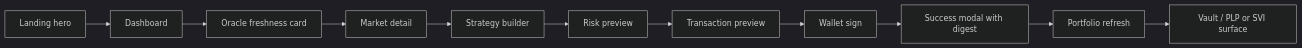
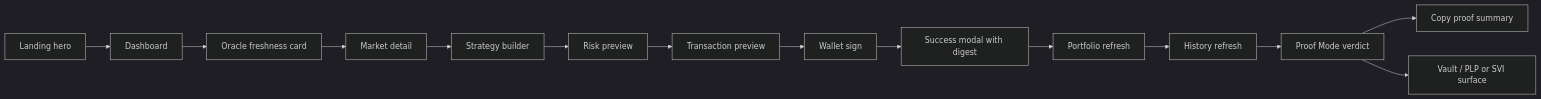
The fourth of 4 diagrams in docs/WIREFRAMES.md (rajpatilrobotics/predictpilot), drawn with Mermaid (dark theme) before and after one commit. The commit also changed other lines of this file and 6 other files, not shown here.

Commit message:
docs: add judge-verifiable feature roadmap

````diff
--- a/docs/WIREFRAMES.md
+++ b/docs/WIREFRAMES.md
@@ -1600,13 +1659,16 @@
 ```mermaid
 flowchart LR
     A[Landing hero] --> B[Dashboard]
     B --> C[Oracle freshness card]
     C --> D[Market detail]
     D --> E[Strategy builder]
     E --> F[Risk preview]
     F --> G[Transaction preview]
     G --> H[Wallet sign]
     H --> I[Success modal with digest]
     I --> J[Portfolio refresh]
-    J --> K[Vault / PLP or SVI surface]
+    J --> K[History refresh]
+    K --> L[Proof Mode verdict]
+    L --> M[Copy proof summary]
+    L --> N[Vault / PLP or SVI surface]
 ```
````
